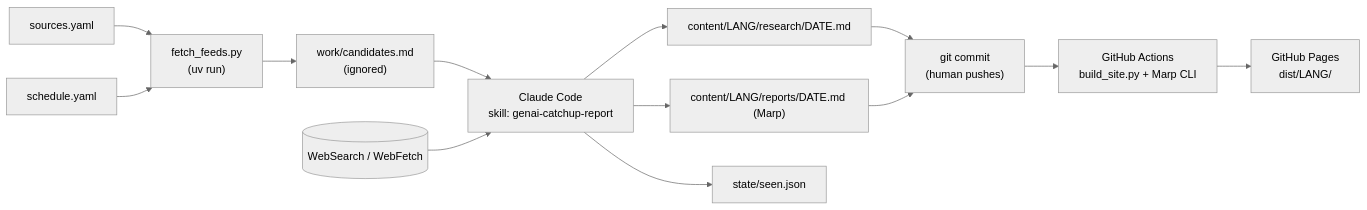
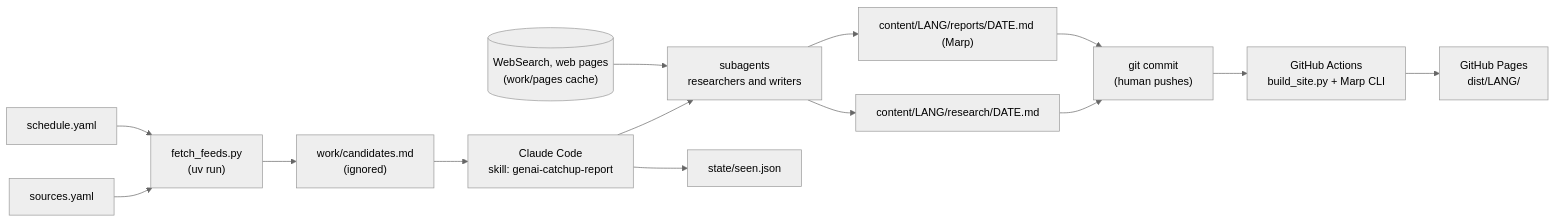
Before and after one commit to masamallow/genai-catchup: the diagram in README.md, drawn with Mermaid (neutral theme). The commit also changed other lines of this file and 7 other files, not shown here.

First line of the commit message:
feat: delegate catch-up research and writing to subagents

````diff
--- a/README.md
+++ b/README.md
@@ -16,14 +16,15 @@
 ```mermaid
 flowchart LR
     S[sources.yaml] --> F["fetch_feeds.py<br/>(uv run)"]
     SCH[schedule.yaml] --> F
     F --> C["work/candidates.md<br/>(ignored)"]
     C --> A["Claude Code<br/>skill: genai-catchup-report"]
-    W[(WebSearch / WebFetch)] --> A
-    A --> R["content/LANG/research/DATE.md"]
-    A --> P["content/LANG/reports/DATE.md (Marp)"]
+    A --> SUB["subagents<br/>researchers and writers"]
+    W[("WebSearch, web pages<br/>(work/pages cache)")] --> SUB
+    SUB --> R["content/LANG/research/DATE.md"]
+    SUB --> P["content/LANG/reports/DATE.md (Marp)"]
     A --> SEEN["state/seen.json"]
     R & P --> G["git commit<br/>(human pushes)"]
     G --> CI["GitHub Actions<br/>build_site.py + Marp CLI"]
     CI --> PAGES["GitHub Pages<br/>dist/LANG/"]
 ```
````
